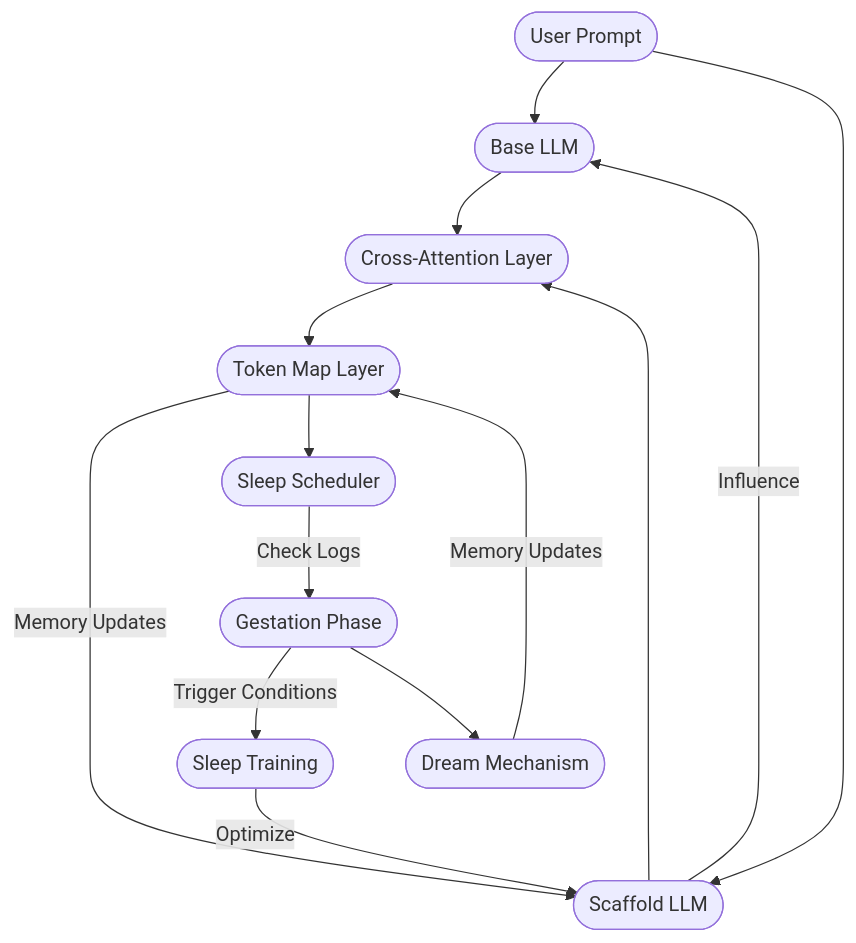
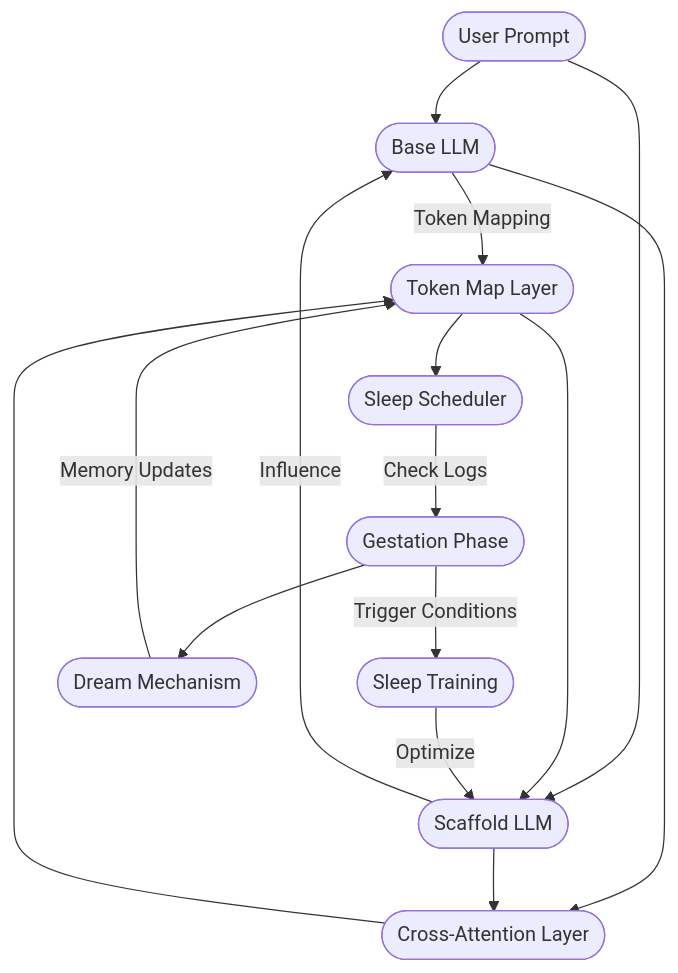
Before and after one commit to oppolla/dual-model-dynamic-scaffold: the diagram in structure.mmd, drawn with Mermaid.

```diff
--- a/structure.mmd
+++ b/structure.mmd
@@ -1,14 +1,15 @@
 flowchart TD
     UserPrompt([User Prompt]) --> BaseLLM([Base LLM])
     UserPrompt --> ScaffoldLLM([Scaffold LLM])
+    BaseLLM -->|Token Mapping| TokenMap([Token Map Layer])
+    TokenMap --> ScaffoldLLM([Scaffold LLM])
     ScaffoldLLM -->|Influence| BaseLLM
     BaseLLM --> CrossAttention([Cross-Attention Layer])
     ScaffoldLLM --> CrossAttention
-    CrossAttention --> TokenMap([Token Map Layer])
-    TokenMap -->|Memory Updates| ScaffoldLLM
+    CrossAttention --> TokenMap
     TokenMap --> SleepScheduler([Sleep Scheduler])
     SleepScheduler -->|Check Logs| Gestation([Gestation Phase])
     Gestation -->|Trigger Conditions| SleepTraining([Sleep Training])
     Gestation --> Dreaming([Dream Mechanism])
     SleepTraining -->|Optimize| ScaffoldLLM
     Dreaming -->|Memory Updates| TokenMap
```
